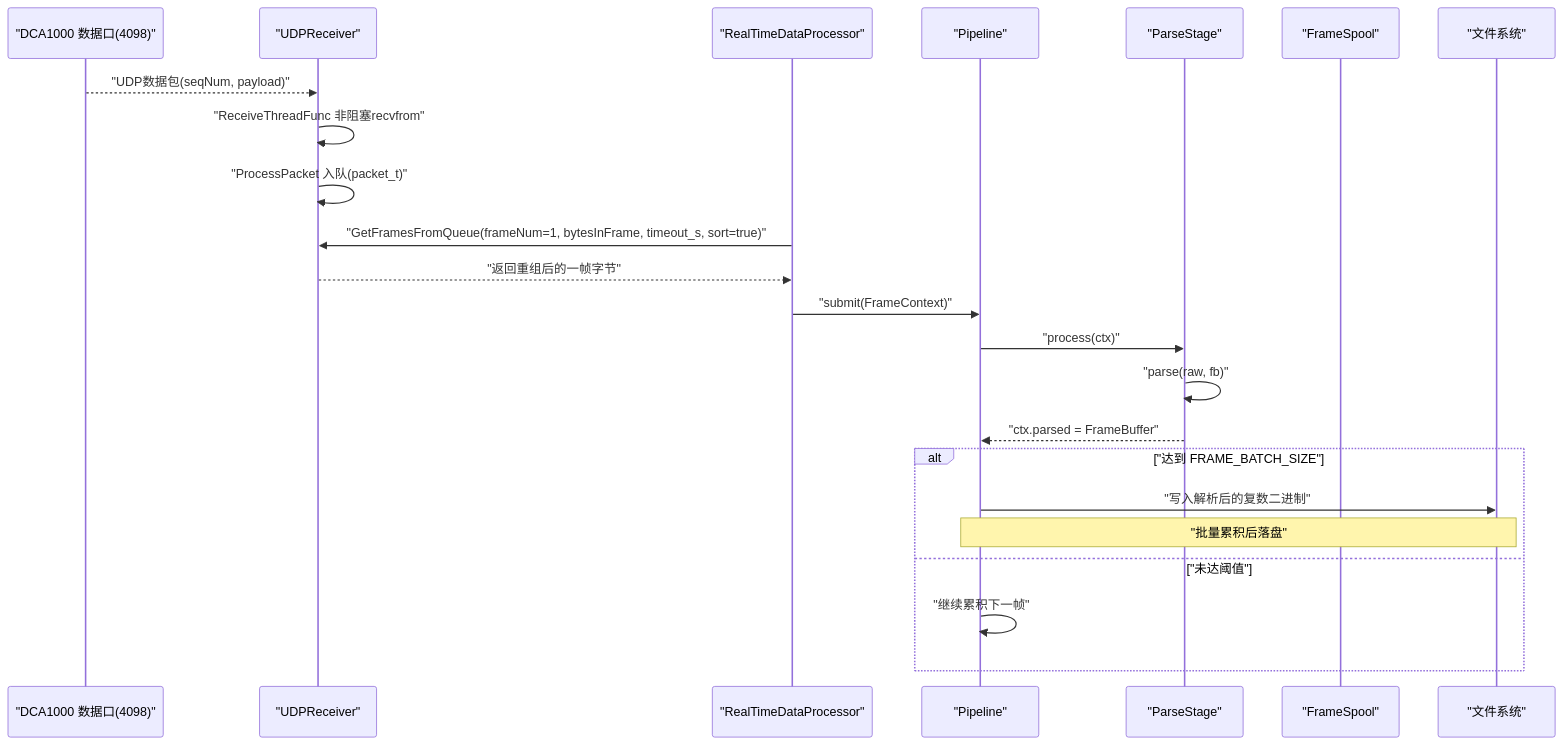
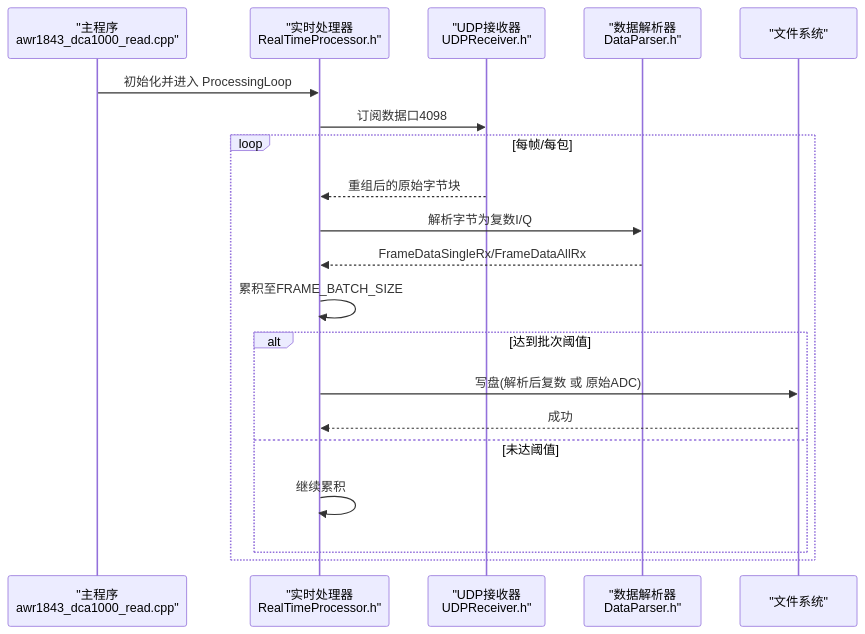
One commit to Lukad77/awr1843-radar-toolkit changed the second of 7 diagrams in .qoder/repowiki/zh/content/实时处理流水线与数据流.md. Above: the diagram before and after it, drawn with Mermaid. The commit also changed other lines of this file and 106 other files, not shown here.

````diff
--- a/.qoder/repowiki/zh/content/实时处理流水线与数据流.md
+++ b/.qoder/repowiki/zh/content/实时处理流水线与数据流.md
@@ -191,25 +84,22 @@
 ```mermaid
 sequenceDiagram
-participant Net as "DCA1000 数据口(4098)"
-participant Recv as "UDPReceiver"
-participant Proc as "RealTimeDataProcessor"
-participant Pipe as "Pipeline"
-participant Stage as "ParseStage"
-participant Spool as "FrameSpool"
-participant Disk as "文件系统"
-Net-->>Recv : "UDP数据包(seqNum, payload)"
-Recv->>Recv : "ReceiveThreadFunc 非阻塞recvfrom"
-Recv->>Recv : "ProcessPacket 入队(packet_t)"
-Proc->>Recv : "GetFramesFromQueue(frameNum=1, bytesInFrame, timeout_s, sort=true)"
-Recv-->>Proc : "返回重组后的一帧字节"
-Proc->>Pipe : "submit(FrameContext)"
-Pipe->>Stage : "process(ctx)"
-Stage->>Stage : "parse(raw, fb)"
-Stage-->>Pipe : "ctx.parsed = FrameBuffer"
-alt "达到 FRAME_BATCH_SIZE"
-Pipe->>Disk : "写入解析后的复数二进制"
-Note over Pipe,Disk : "批量累积后落盘"
-else "未达阈值"
-Pipe->>Pipe : "继续累积下一帧"
+participant M as "主程序<br/>awr1843_dca1000_read.cpp"
+participant RTP as "实时处理器<br/>RealTimeProcessor.h"
+participant UDR as "UDP接收器<br/>UDPReceiver.h"
+participant DP as "数据解析器<br/>DataParser.h"
+participant FS as "文件系统"
+M->>RTP : 初始化并进入 ProcessingLoop
+RTP->>UDR : 订阅数据口4098
+loop 每帧/每包
+UDR-->>RTP : 重组后的原始字节块
+RTP->>DP : 解析字节为复数I/Q
+DP-->>RTP : FrameDataSingleRx/FrameDataAllRx
+RTP->>RTP : 累积至FRAME_BATCH_SIZE
+alt 达到批次阈值
+RTP->>FS : 写盘(解析后复数 或 原始ADC)
+FS-->>RTP : 成功
+else 未达阈值
+RTP->>RTP : 继续累积
+end
 end
 ```
````
